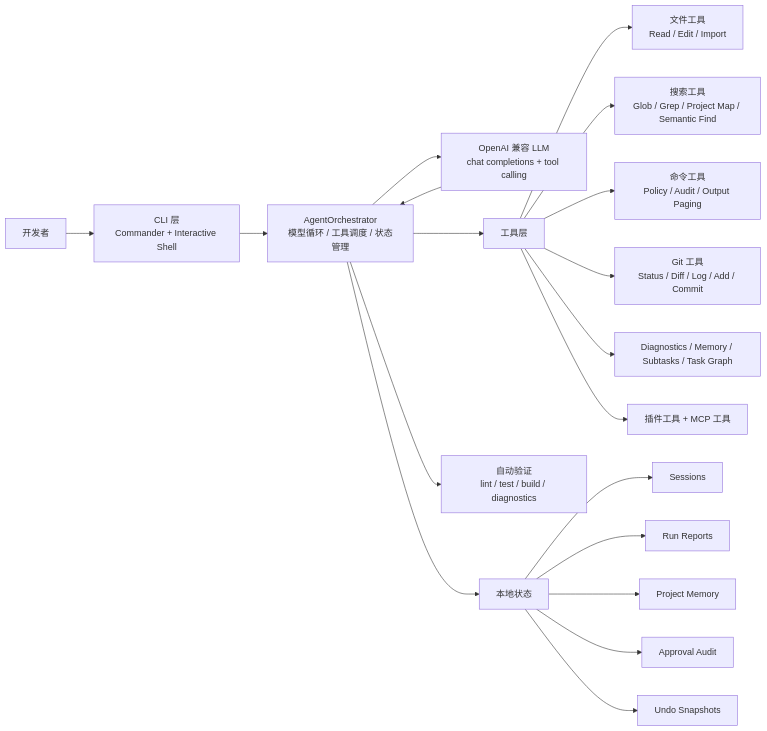
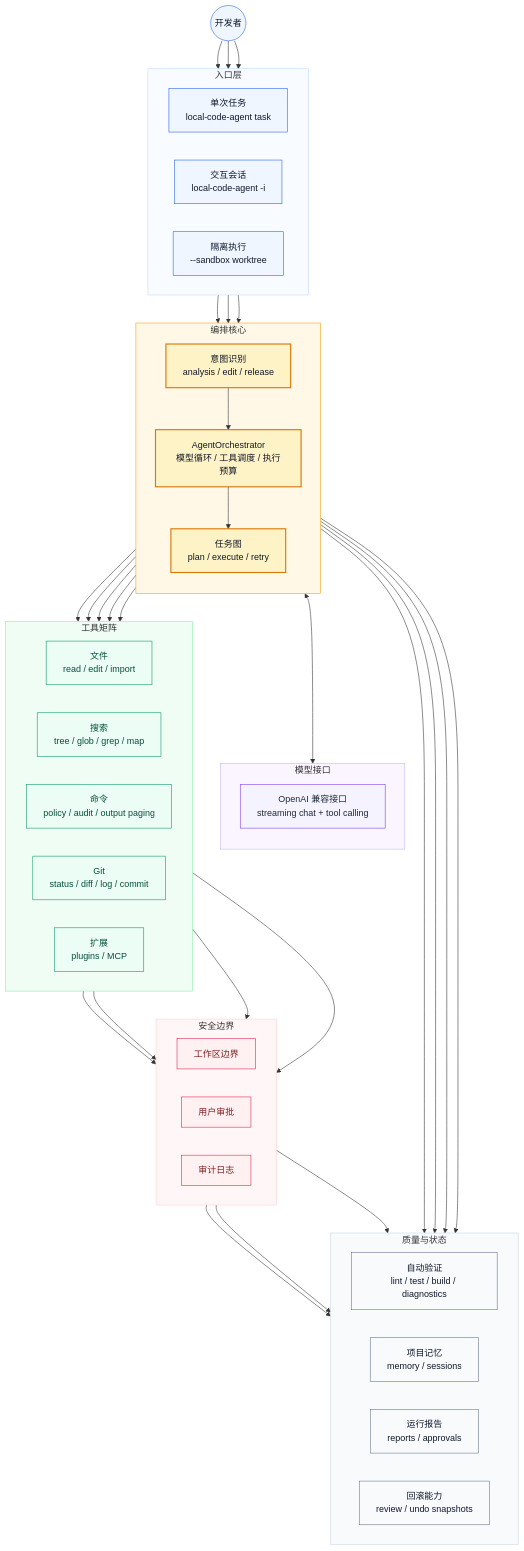
One commit to Tches-git/Mini-Code-Agent changed the first of 2 diagrams in README.md. Above: the diagram before and after it, drawn with Mermaid. The commit also changed other lines of this file, not shown here.

Commit message:
docs: polish README diagrams

````diff
--- a/README.md
+++ b/README.md
@@ -144,23 +144,95 @@
 ```mermaid
-flowchart LR
-  User["开发者"] --> CLI["CLI 层<br/>Commander + Interactive Shell"]
-  CLI --> Orchestrator["AgentOrchestrator<br/>模型循环 / 工具调度 / 状态管理"]
-  Orchestrator --> LLM["OpenAI 兼容 LLM<br/>chat completions + tool calling"]
-  LLM --> Orchestrator
+flowchart TB
+  classDef entry fill:#eff6ff,stroke:#2563eb,color:#0f172a,stroke-width:1px
+  classDef core fill:#fef3c7,stroke:#d97706,color:#111827,stroke-width:2px
+  classDef llm fill:#f5f3ff,stroke:#7c3aed,color:#1f2937,stroke-width:1px
+  classDef tool fill:#ecfdf5,stroke:#059669,color:#064e3b,stroke-width:1px
+  classDef state fill:#f8fafc,stroke:#64748b,color:#0f172a,stroke-width:1px
+  classDef guard fill:#fff1f2,stroke:#e11d48,color:#7f1d1d,stroke-width:1px
 
-  Orchestrator --> Tools["工具层"]
-  Tools --> FileTools["文件工具<br/>Read / Edit / Import"]
-  Tools --> SearchTools["搜索工具<br/>Glob / Grep / Project Map / Semantic Find"]
-  Tools --> CommandTools["命令工具<br/>Policy / Audit / Output Paging"]
-  Tools --> GitTools["Git 工具<br/>Status / Diff / Log / Add / Commit"]
-  Tools --> RuntimeTools["Diagnostics / Memory / Subtasks / Task Graph"]
-  Tools --> ExtensionTools["插件工具 + MCP 工具"]
+  Developer(("开发者"))
 
-  Orchestrator --> Validation["自动验证<br/>lint / test / build / diagnostics"]
-  Orchestrator --> State["本地状态"]
-  State --> Sessions["Sessions"]
-  State --> Reports["Run Reports"]
-  State --> Memory["Project Memory"]
-  State --> Approvals["Approval Audit"]
-  State --> Undo["Undo Snapshots"]
+  subgraph Entry["入口层"]
+    direction LR
+    OneShot["单次任务<br/>local-code-agent task"]
+    Interactive["交互会话<br/>local-code-agent -i"]
+    Sandbox["隔离执行<br/>--sandbox worktree"]
+  end
+
+  subgraph Core["编排核心"]
+    direction TB
+    Intent["意图识别<br/>analysis / edit / release"]
+    Orchestrator["AgentOrchestrator<br/>模型循环 / 工具调度 / 执行预算"]
+    TaskGraph["任务图<br/>plan / execute / retry"]
+  end
+
+  subgraph Model["模型接口"]
+    direction TB
+    LLM["OpenAI 兼容接口<br/>streaming chat + tool calling"]
+  end
+
+  subgraph Tools["工具矩阵"]
+    direction LR
+    FileTools["文件<br/>read / edit / import"]
+    SearchTools["搜索<br/>tree / glob / grep / map"]
+    CommandTools["命令<br/>policy / audit / output paging"]
+    GitTools["Git<br/>status / diff / log / commit"]
+    ExtendTools["扩展<br/>plugins / MCP"]
+  end
+
+  subgraph Runtime["质量与状态"]
+    direction LR
+    Validation["自动验证<br/>lint / test / build / diagnostics"]
+    Memory["项目记忆<br/>memory / sessions"]
+    Reports["运行报告<br/>reports / approvals"]
+    Undo["回滚能力<br/>review / undo snapshots"]
+  end
+
+  subgraph Guard["安全边界"]
+    direction LR
+    Workspace["工作区边界"]
+    Approval["用户审批"]
+    Audit["审计日志"]
+  end
+
+  Developer --> OneShot
+  Developer --> Interactive
+  Developer --> Sandbox
+  OneShot --> Intent
+  Interactive --> Intent
+  Sandbox --> Intent
+  Intent --> Orchestrator
+  Orchestrator <--> LLM
+  Orchestrator --> TaskGraph
+  Orchestrator --> FileTools
+  Orchestrator --> SearchTools
+  Orchestrator --> CommandTools
+  Orchestrator --> GitTools
+  Orchestrator --> ExtendTools
+  Orchestrator --> Validation
+  Orchestrator --> Memory
+  Orchestrator --> Reports
+  Orchestrator --> Undo
+  FileTools --> Workspace
+  CommandTools --> Approval
+  GitTools --> Approval
+  ExtendTools --> Audit
+  Workspace --> Reports
+  Approval --> Reports
+  Audit --> Reports
+
+  class Developer entry
+  class OneShot,Interactive,Sandbox entry
+  class Intent,Orchestrator,TaskGraph core
+  class LLM llm
+  class FileTools,SearchTools,CommandTools,GitTools,ExtendTools tool
+  class Validation,Memory,Reports,Undo state
+  class Workspace,Approval,Audit guard
+
+  style Entry fill:#f8fbff,stroke:#bfdbfe,stroke-width:1px
+  style Core fill:#fff8e6,stroke:#f59e0b,stroke-width:1px
+  style Model fill:#faf5ff,stroke:#c4b5fd,stroke-width:1px
+  style Tools fill:#f0fdf4,stroke:#86efac,stroke-width:1px
+  style Runtime fill:#f8fafc,stroke:#cbd5e1,stroke-width:1px
+  style Guard fill:#fff7f7,stroke:#fecdd3,stroke-width:1px
 ```
````
